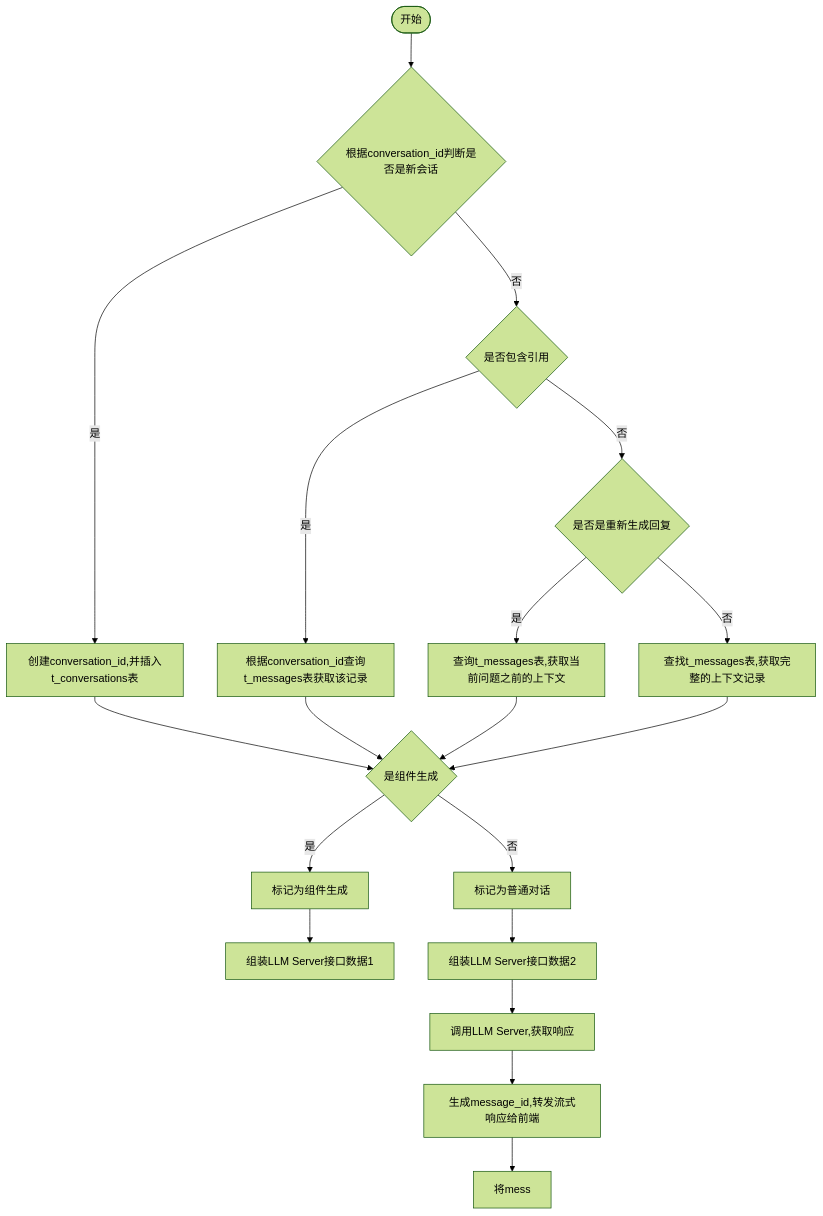
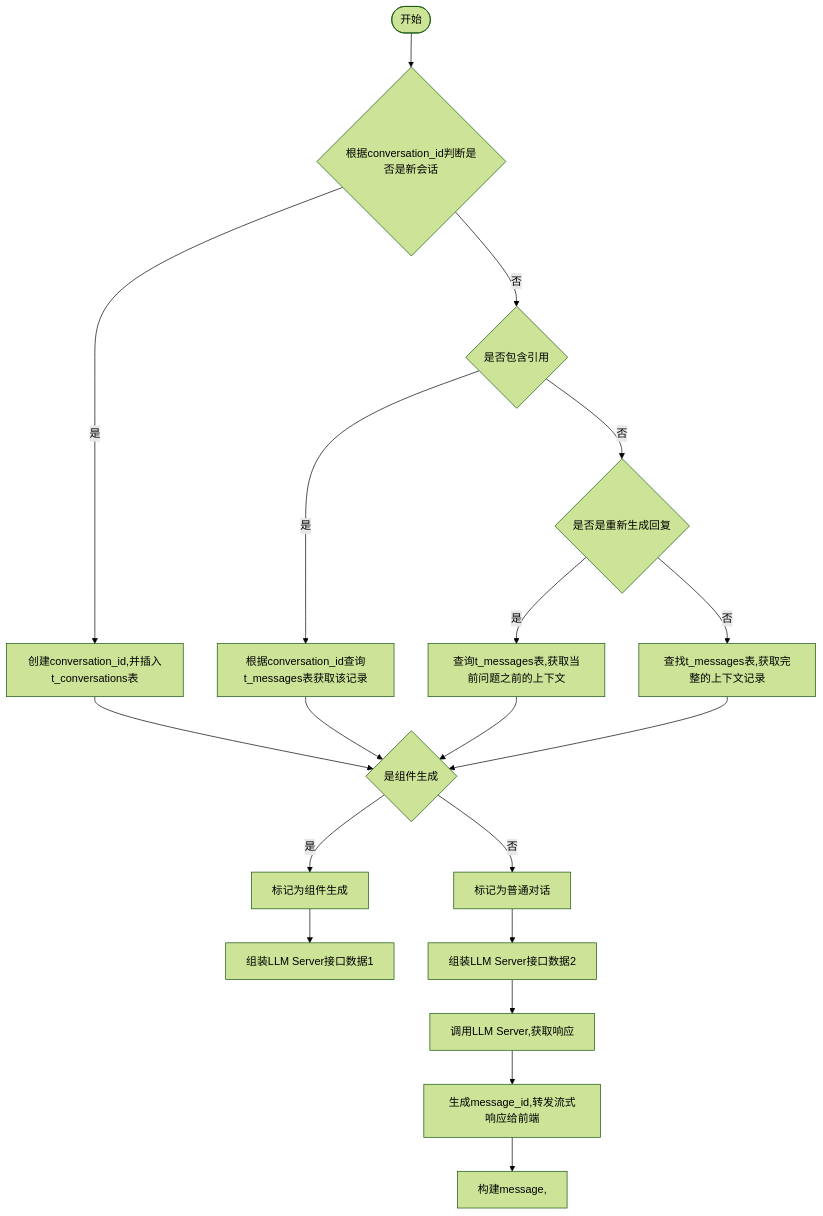
Before and after one commit to yingjianzh/iodraw-files: the diagram in all/未命名-7.md, drawn with Mermaid (forest theme).

Commit message:
2024-10-12 14:32:30 update

````diff
--- a/all/未命名-7.md
+++ b/all/未命名-7.md
@@ -1,21 +1,21 @@
 ```mermaid
 flowchart TD
     A([开始]) --> B{根据conversation_id判断是否是新会话}
     B -- 是 --> C[创建conversation_id,并插入t_conversations表]
     B -- 否 --> D{是否包含引用}
     D -- 是 --> E[根据conversation_id查询t_messages表获取该记录]
     D -- 否 --> F{是否是重新生成回复}
     F -- 是 --> G[查询t_messages表,获取当前问题之前的上下文]
     F -- 否 --> H[查找t_messages表,获取完整的上下文记录]
      
     C & E & G & H --> I{是组件生成}
     I -- 是 --> J[标记为组件生成]
     I -- 否 --> K[标记为普通对话]
 
     J --> L[组装LLM Server接口数据1]    
     K --> M[组装LLM Server接口数据2]    
     M --> N[调用LLM Server,获取响应]    
     N --> O[生成message_id,转发流式响应给前端]
-    O --> P[将mess]
+    O --> P[构建message,]
 
 ```
````
